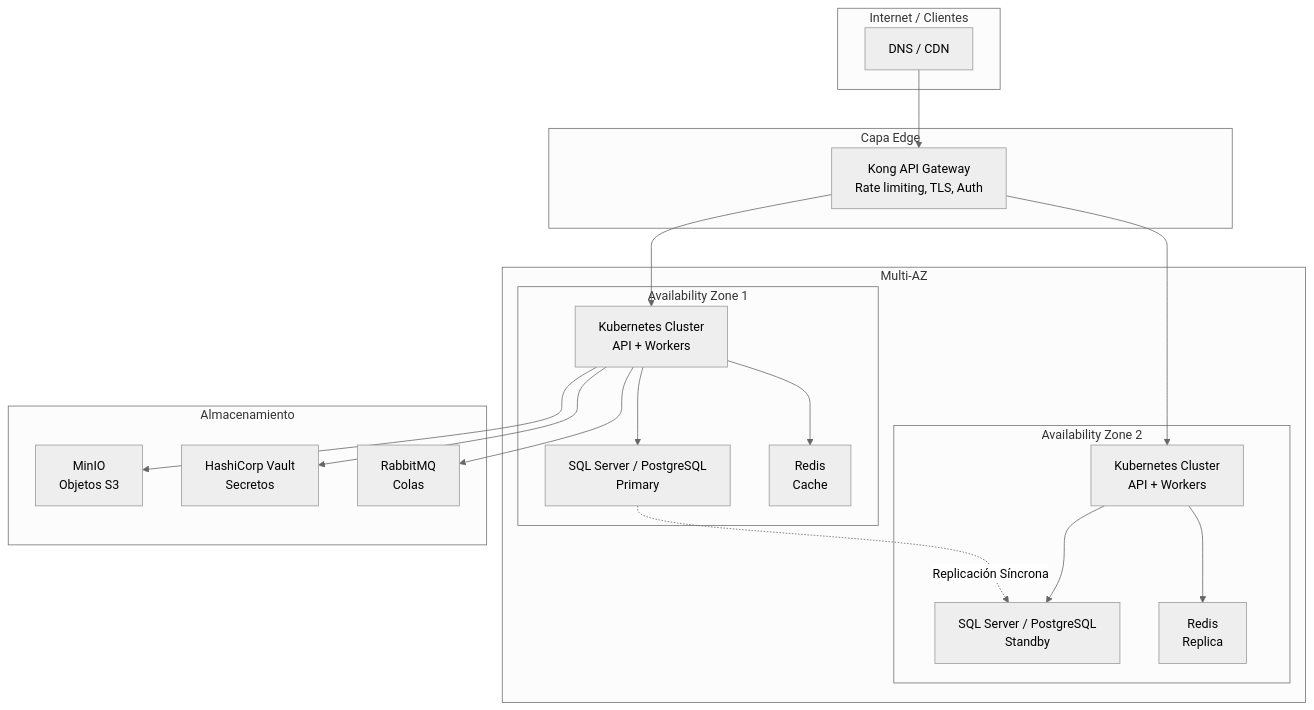
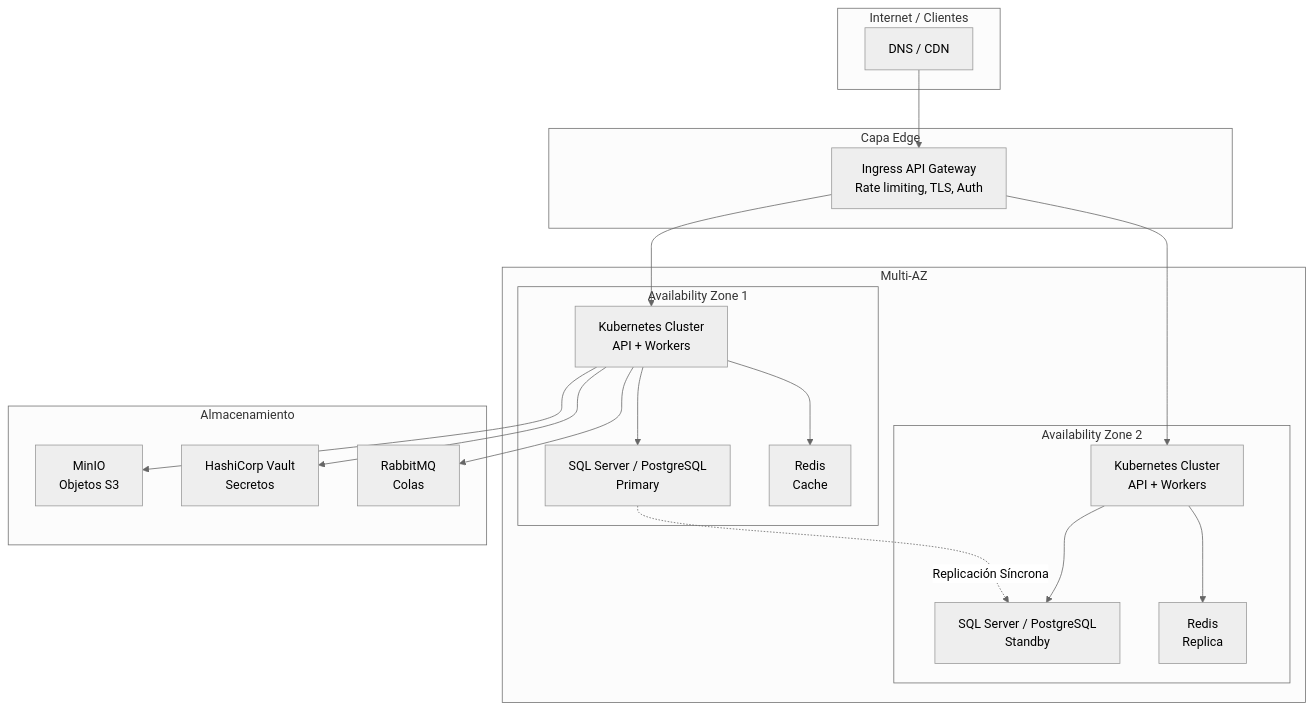
The diagram in estandar/reference/infrastructure/README.md (unimar-peru/unimar-arch-vendors), drawn with Mermaid (neutral theme) before and after one commit. The commit also changed other lines of this file and 27 other files, not shown here.

Commit message:
docs: replace Kong with Ingress across architecture docs and ADRs

````diff
--- a/estandar/reference/infrastructure/README.md
+++ b/estandar/reference/infrastructure/README.md
@@ -13,37 +13,37 @@
 ```mermaid
 flowchart TD
     subgraph EXTERNO["Internet / Clientes"]
         DNS["DNS / CDN"]
     end
     subgraph EDGE["Capa Edge"]
-        KONG["Kong API Gateway<br/>Rate limiting, TLS, Auth"]
+        INGRESS["Ingress API Gateway<br/>Rate limiting, TLS, Auth"]
     end
     subgraph MULTI_AZ["Multi-AZ"]
         subgraph AZ1["Availability Zone 1"]
             K8S1["Kubernetes Cluster<br/>API + Workers"]
             DB1["SQL Server / PostgreSQL<br/>Primary"]
             REDIS1["Redis<br/>Cache"]
         end
         subgraph AZ2["Availability Zone 2"]
             K8S2["Kubernetes Cluster<br/>API + Workers"]
             DB2["SQL Server / PostgreSQL<br/>Standby"]
             REDIS2["Redis<br/>Replica"]
         end
     end
     subgraph STORE["Almacenamiento"]
         MINIO["MinIO<br/>Objetos S3"]
         VAULT["HashiCorp Vault<br/>Secretos"]
         RABBIT["RabbitMQ<br/>Colas"]
     end
-    DNS --> KONG
-    KONG --> K8S1
-    KONG --> K8S2
+    DNS --> INGRESS
+    INGRESS --> K8S1
+    INGRESS --> K8S2
     K8S1 --> DB1
     K8S2 --> DB2
     DB1 -.->|"Replicación Síncrona"| DB2
     K8S1 --> REDIS1
     K8S2 --> REDIS2
     K8S1 --> MINIO
     K8S1 --> VAULT
     K8S1 --> RABBIT
 ```
````
